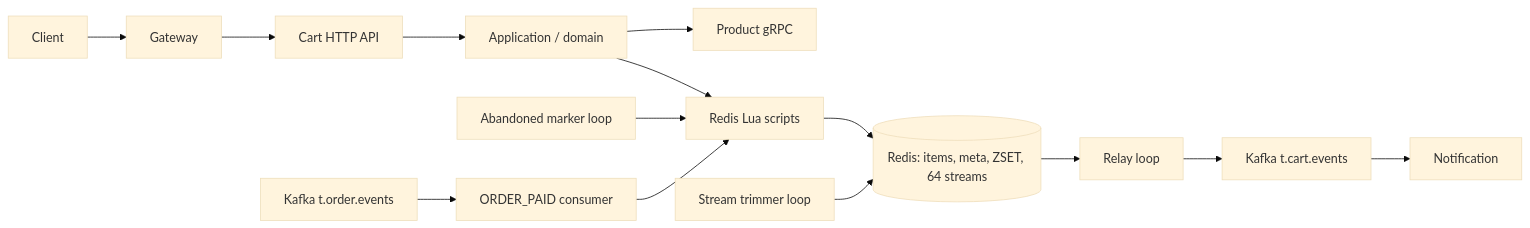
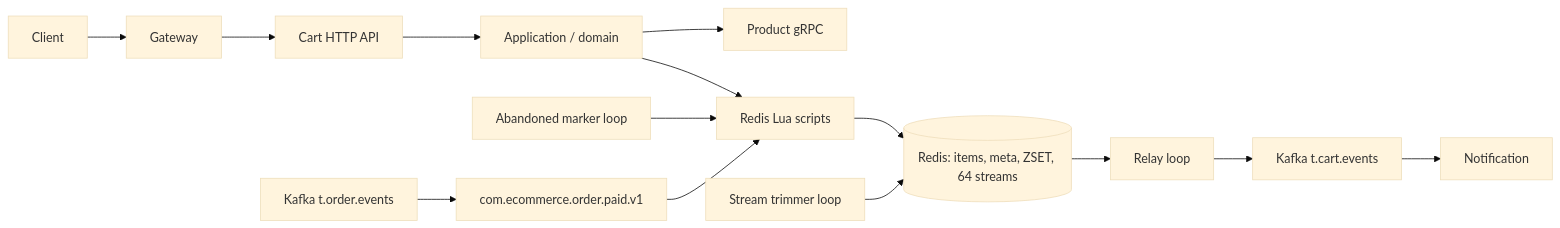
The diagram in docs/cart/architecture.md (quangdung2110/e-commerce-microservices), drawn with Mermaid (base theme) before and after one commit. The commit also changed other lines of this file and 12 other files, not shown here.

Commit message:
feat(cart): consume Order paid CloudEvents

````diff
--- a/docs/cart/architecture.md
+++ b/docs/cart/architecture.md
@@ -21,15 +21,15 @@
 ```mermaid
 flowchart LR
   Client --> Gateway --> API[Cart HTTP API]
   API --> APP[Application / domain]
   APP --> LUA[Redis Lua scripts]
   APP --> Product[Product gRPC]
   LUA --> Redis[(Redis: items, meta, ZSET, 64 streams)]
   Marker[Abandoned marker loop] --> LUA
   Redis --> Relay[Relay loop]
   Relay --> Kafka[Kafka t.cart.events]
   Kafka --> Notification
-  Order[Kafka t.order.events] --> OrderConsumer[ORDER_PAID consumer]
+  Order[Kafka t.order.events] --> OrderConsumer[com.ecommerce.order.paid.v1]
   OrderConsumer --> LUA
   Trimmer[Stream trimmer loop] --> Redis
 ```
````
